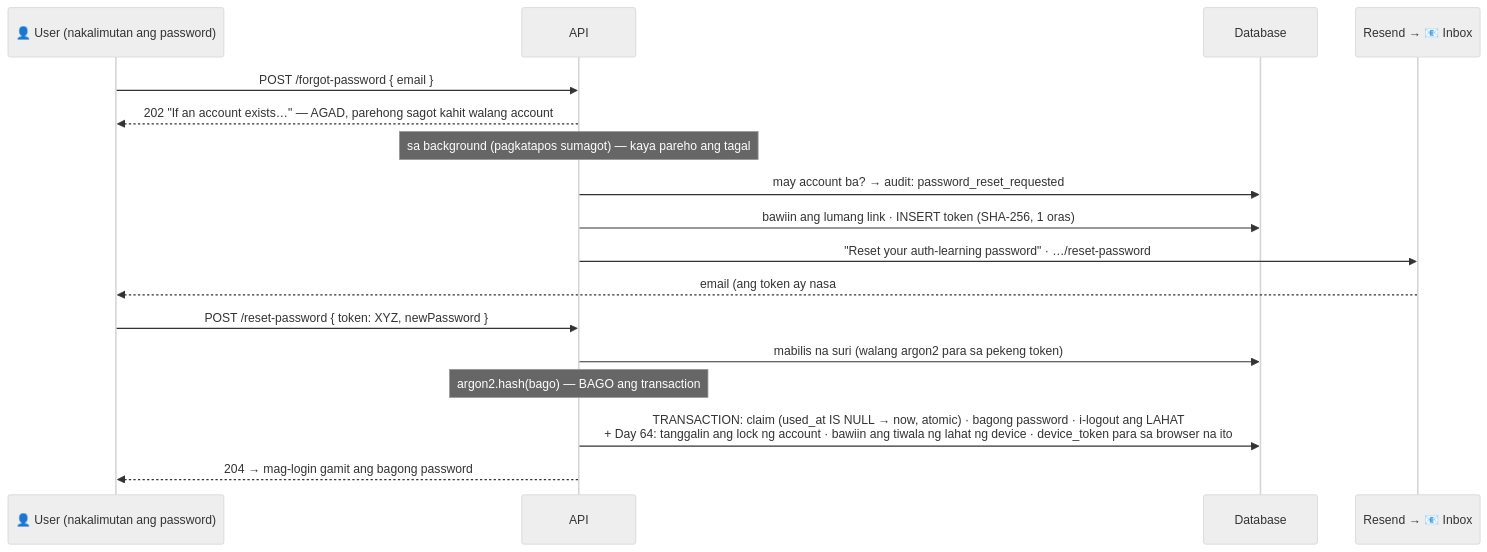
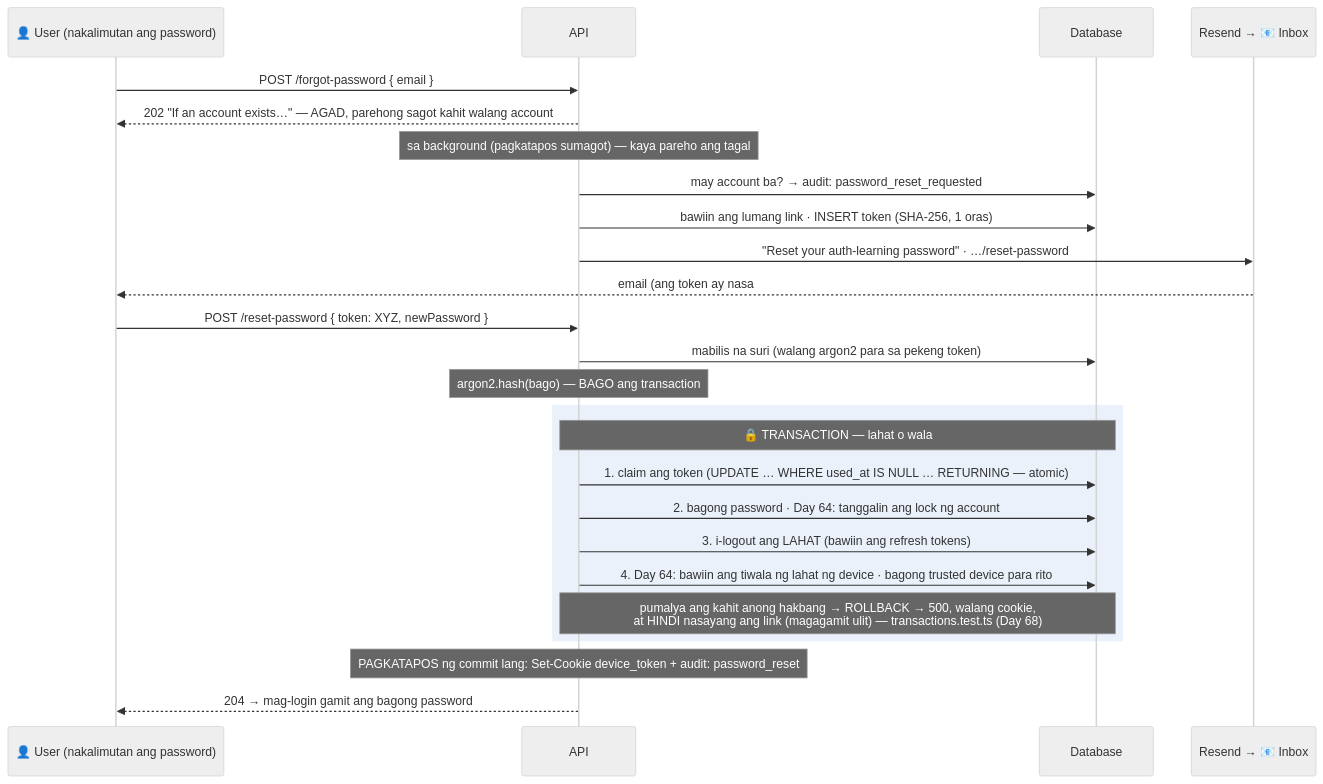
One commit to nelson1869-ai/auth-learning changed the diagram in docs/diagrams/18-password-reset.md. Above: the diagram before and after it, drawn with Mermaid (neutral theme). The commit also changed 9 other files, not shown here.

First line of the commit message:
docs: Day 68 transaction boundaries in diagrams, .http notes, journal

````diff
--- a/docs/diagrams/18-password-reset.md
+++ b/docs/diagrams/18-password-reset.md
@@ -11,19 +11,27 @@
 ```mermaid
 sequenceDiagram
     participant U as 👤 User (nakalimutan ang password)
     participant A as API
     participant D as Database
     participant R as Resend → 📧 Inbox
     U->>A: POST /forgot-password { email }
     A-->>U: 202 "If an account exists…" — AGAD, parehong sagot kahit walang account
     Note over A: sa background (pagkatapos sumagot) — kaya pareho ang tagal
     A->>D: may account ba? → audit: password_reset_requested
     A->>D: bawiin ang lumang link · INSERT token (SHA-256, 1 oras)
     A->>R: "Reset your auth-learning password" · …/reset-password#token=XYZ
     R-->>U: email (ang token ay nasa #fragment — hindi napupunta sa kahit anong server)
     U->>A: POST /reset-password { token: XYZ, newPassword }
     A->>D: mabilis na suri (walang argon2 para sa pekeng token)
     Note over A: argon2.hash(bago) — BAGO ang transaction
-    A->>D: TRANSACTION: claim (used_at IS NULL → now, atomic) · bagong password · i-logout ang LAHAT<br/>+ Day 64: tanggalin ang lock ng account · bawiin ang tiwala ng lahat ng device · device_token para sa browser na ito
+    rect rgba(80,140,220,0.12)
+    Note over A,D: 🔒 TRANSACTION — lahat o wala
+    A->>D: 1. claim ang token (UPDATE … WHERE used_at IS NULL … RETURNING — atomic)
+    A->>D: 2. bagong password · Day 64: tanggalin ang lock ng account
+    A->>D: 3. i-logout ang LAHAT (bawiin ang refresh tokens)
+    A->>D: 4. Day 64: bawiin ang tiwala ng lahat ng device · bagong trusted device para rito
+    Note over A,D: pumalya ang kahit anong hakbang → ROLLBACK → 500, walang cookie,<br/>at HINDI nasayang ang link (magagamit ulit) — transactions.test.ts (Day 68)
+    end
+    Note over A: PAGKATAPOS ng commit lang: Set-Cookie device_token + audit: password_reset
     A-->>U: 204 → mag-login gamit ang bagong password
 ```
````
